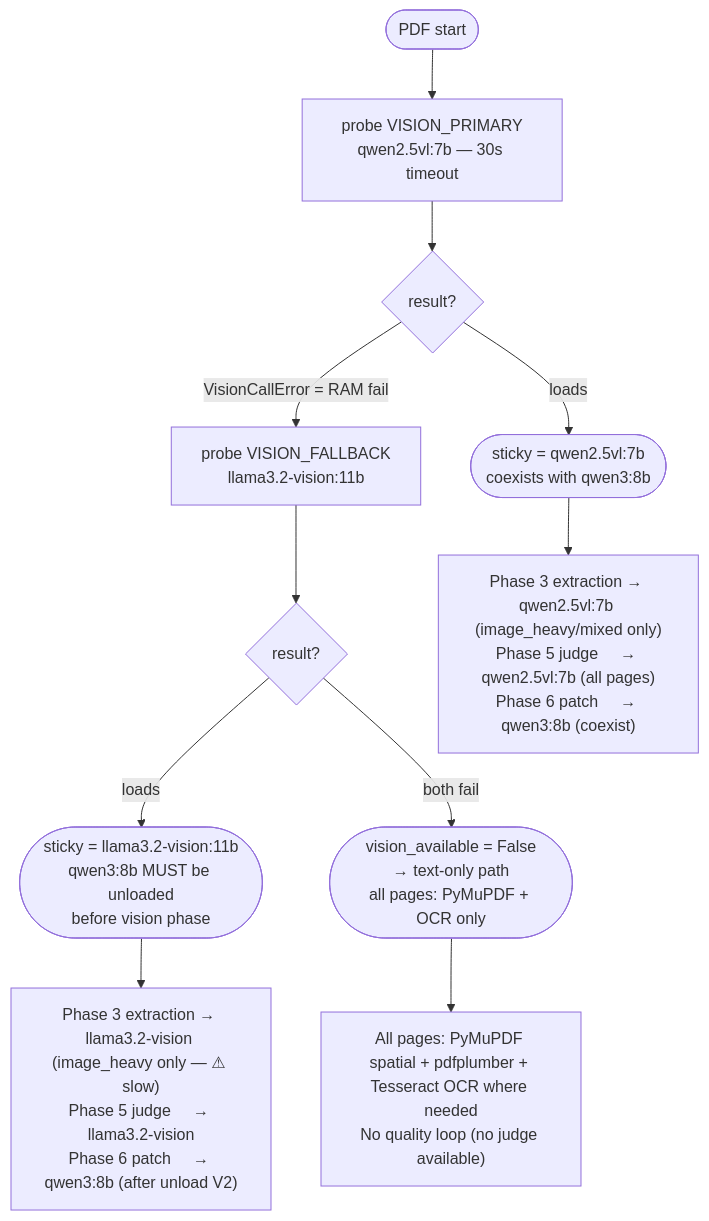
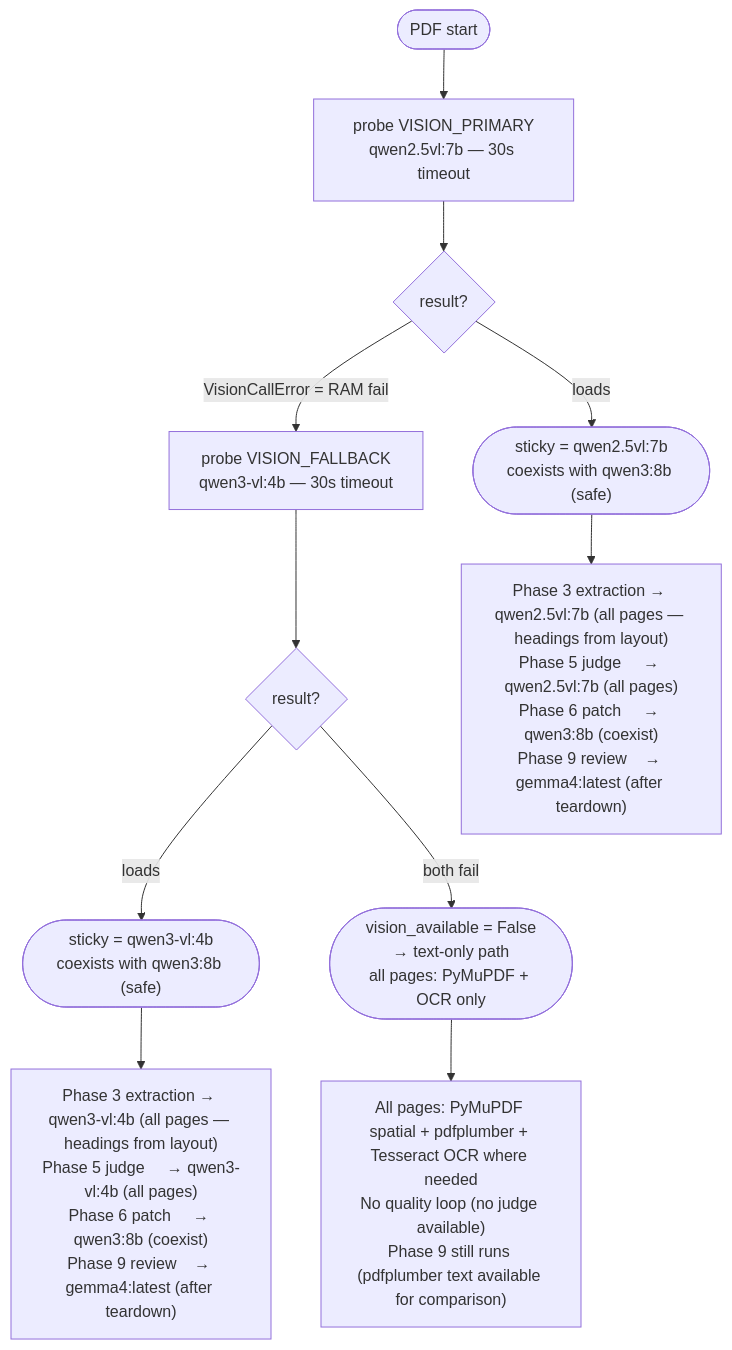
One commit to prashanth-ds-ml/cloak changed the fourth of 6 diagrams in docs/ARCHITECTURE.md. Above: the diagram before and after it, drawn with Mermaid. The commit also changed other lines of this file and 11 other files, not shown here.

First line of the commit message:
Session 8 — Phase 9, fallback swap, heading fix, doc sync

````diff
--- a/docs/ARCHITECTURE.md
+++ b/docs/ARCHITECTURE.md
@@ -157,14 +168,14 @@
 ```mermaid
 flowchart TD
     A([PDF start]) --> B["probe VISION_PRIMARY\nqwen2.5vl:7b — 30s timeout"]
     B --> C{result?}
-    C -->|loads| D(["sticky = qwen2.5vl:7b\ncoexists with qwen3:8b"])
-    C -->|VisionCallError = RAM fail| E["probe VISION_FALLBACK\nllama3.2-vision:11b"]
+    C -->|loads| D(["sticky = qwen2.5vl:7b\ncoexists with qwen3:8b (safe)"])
+    C -->|VisionCallError = RAM fail| E["probe VISION_FALLBACK\nqwen3-vl:4b — 30s timeout"]
     E --> F{result?}
-    F -->|loads| G(["sticky = llama3.2-vision:11b\nqwen3:8b MUST be unloaded\nbefore vision phase"])
+    F -->|loads| G(["sticky = qwen3-vl:4b\ncoexists with qwen3:8b (safe)"])
     F -->|both fail| H(["vision_available = False\n→ text-only path\nall pages: PyMuPDF + OCR only"])
 
-    D --> I["Phase 3 extraction → qwen2.5vl:7b (image_heavy/mixed only)\nPhase 5 judge     → qwen2.5vl:7b (all pages)\nPhase 6 patch     → qwen3:8b (coexist)"]
-    G --> J["Phase 3 extraction → llama3.2-vision (image_heavy only — ⚠ slow)\nPhase 5 judge     → llama3.2-vision\nPhase 6 patch     → qwen3:8b (after unload V2)"]
-    H --> K["All pages: PyMuPDF spatial + pdfplumber + Tesseract OCR where needed\nNo quality loop (no judge available)"]
+    D --> I["Phase 3 extraction → qwen2.5vl:7b (all pages — headings from layout)\nPhase 5 judge     → qwen2.5vl:7b (all pages)\nPhase 6 patch     → qwen3:8b (coexist)\nPhase 9 review    → gemma4:latest (after teardown)"]
+    G --> J["Phase 3 extraction → qwen3-vl:4b (all pages — headings from layout)\nPhase 5 judge     → qwen3-vl:4b (all pages)\nPhase 6 patch     → qwen3:8b (coexist)\nPhase 9 review    → gemma4:latest (after teardown)"]
+    H --> K["All pages: PyMuPDF spatial + pdfplumber + Tesseract OCR where needed\nNo quality loop (no judge available)\nPhase 9 still runs (pdfplumber text available for comparison)"]
 ```
````
